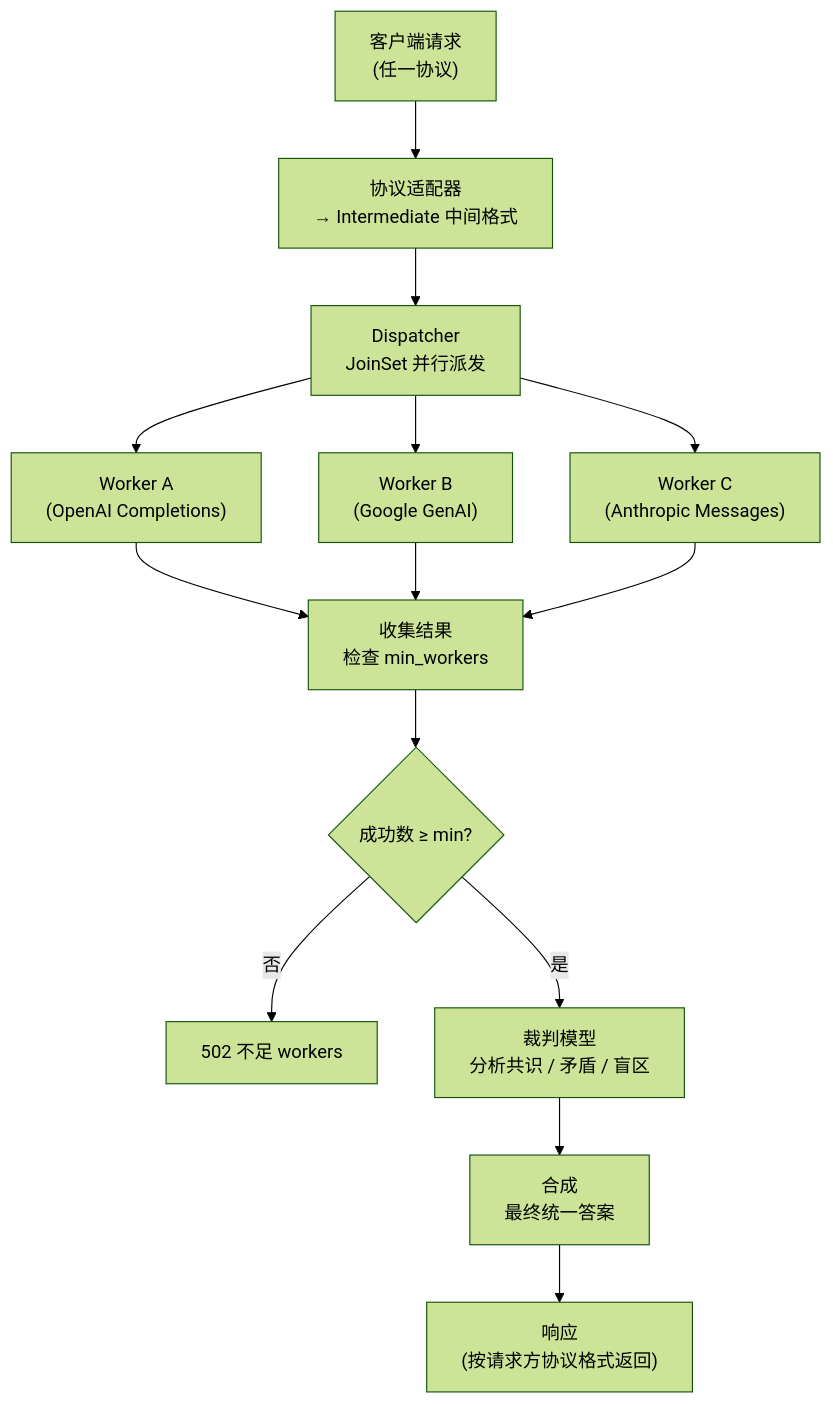
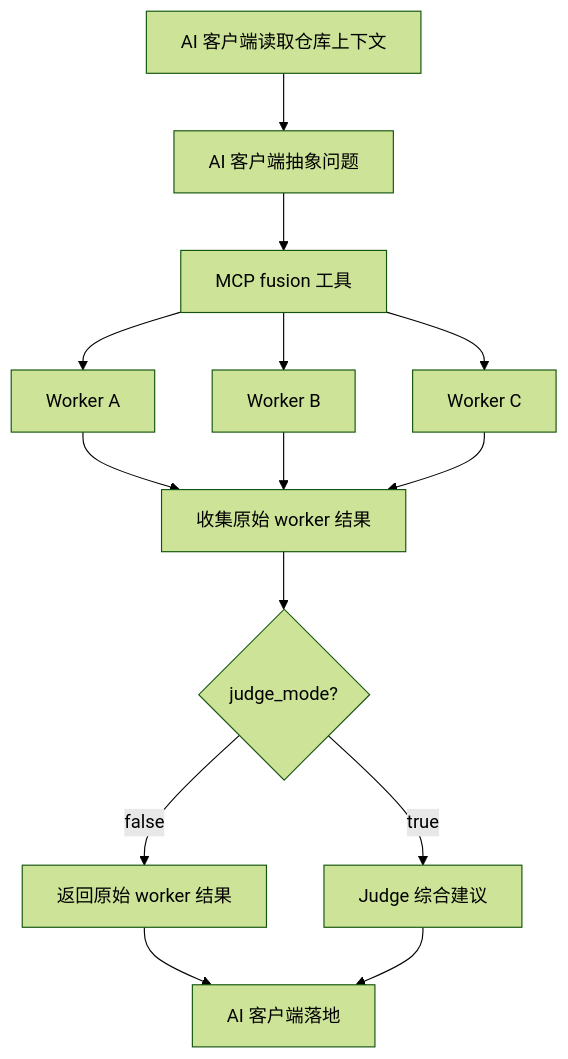
Before and after one commit to AnNingUI/OpenFusion: the diagram in README_ZH.md, drawn with Mermaid (forest theme). The commit also changed other lines of this file and 28 other files, not shown here.

````diff
--- a/README_ZH.md
+++ b/README_ZH.md
@@ -157,16 +98,16 @@
 ```mermaid
 flowchart TD
-    A["客户端请求\n(任一协议)"] --> B["协议适配器\n→ Intermediate 中间格式"]
-    B --> C["Dispatcher\nJoinSet 并行派发"]
-    C --> D1["Worker A\n(OpenAI Completions)"]
-    C --> D2["Worker B\n(Google GenAI)"]
-    C --> D3["Worker C\n(Anthropic Messages)"]
-    D1 --> E["收集结果\n检查 min_workers"]
+    A["AI 客户端读取仓库上下文"] --> B["AI 客户端抽象问题"]
+    B --> C["MCP fusion 工具"]
+    C --> D1["Worker A"]
+    C --> D2["Worker B"]
+    C --> D3["Worker C"]
+    D1 --> E["收集原始 worker 结果"]
     D2 --> E
     D3 --> E
-    E --> F{"成功数 ≥ min?"}
-    F -->|否| G["502 不足 workers"]
-    F -->|是| H["裁判模型\n分析共识 / 矛盾 / 盲区"]
-    H --> I["合成\n最终统一答案"]
-    I --> J["响应\n(按请求方协议格式返回)"]
+    E --> F{"judge_mode?"}
+    F -->|false| G["返回原始 worker 结果"]
+    F -->|true| H["Judge 综合建议"]
+    G --> I["AI 客户端落地"]
+    H --> I
 ```
````
